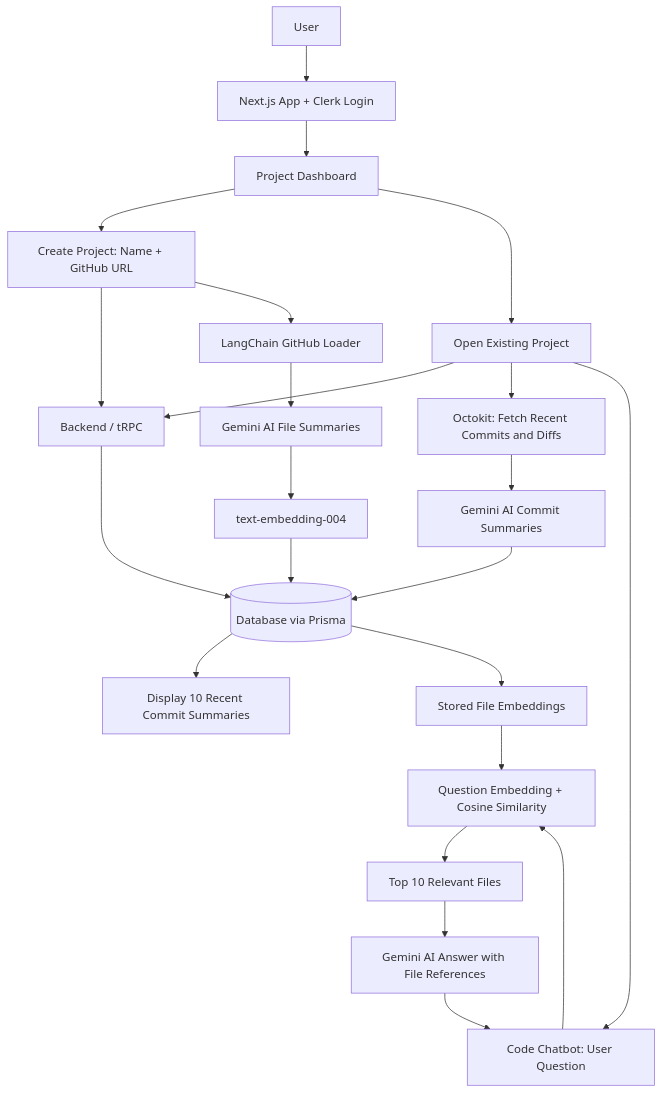
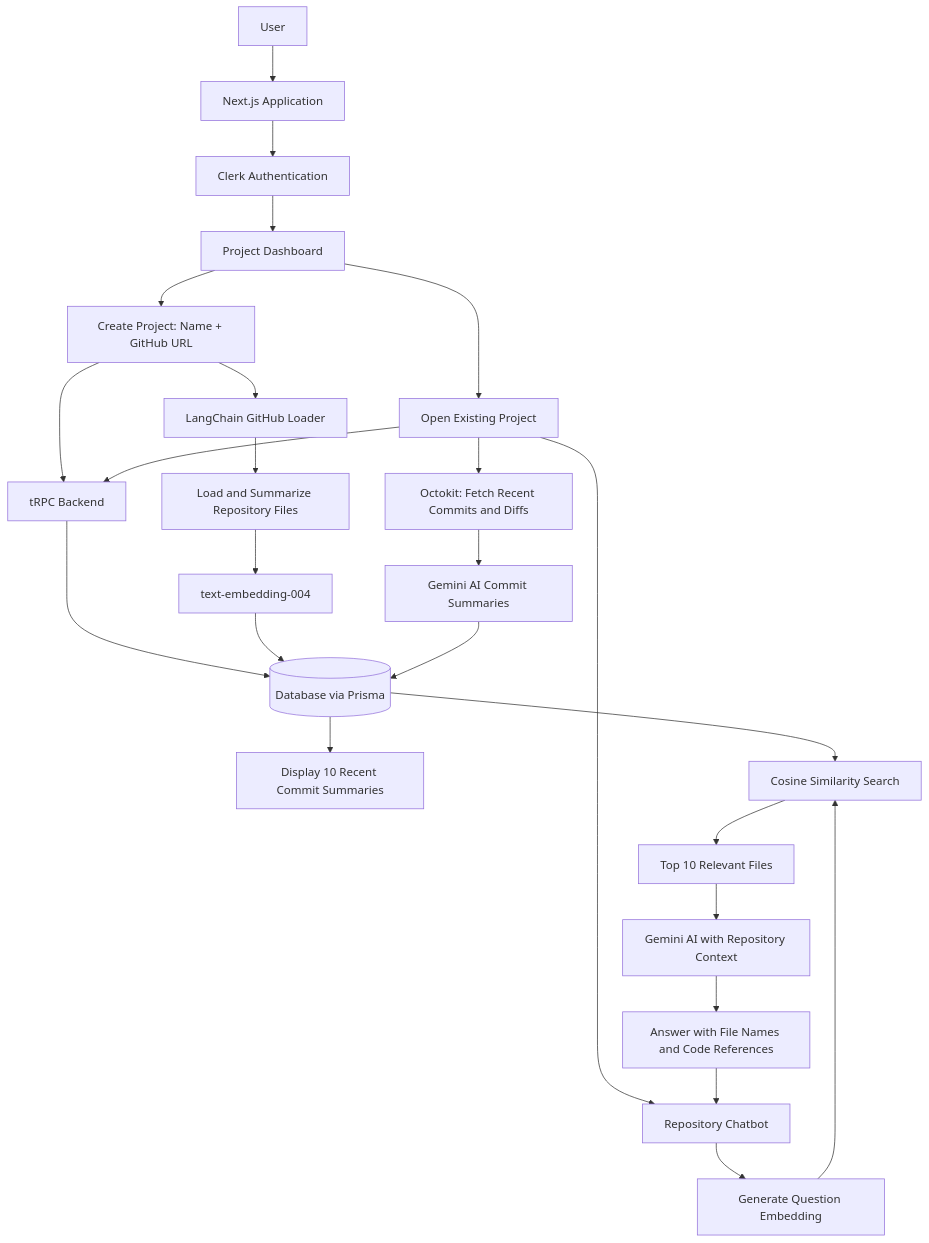
Before and after one commit to Sharannarahs/AI-Powered-GitHub-Repository-Platform: the diagram in README.md, drawn with Mermaid. The commit also changed other lines of this file, not shown here.

````diff
--- a/README.md
+++ b/README.md
@@ -37,29 +40,32 @@
 ```mermaid
 flowchart TD
-    A[User] --> B[Next.js App + Clerk Login]
-    B --> C[Project Dashboard]
-    C --> D[Create Project: Name + GitHub URL]
-    C --> E[Open Existing Project]
+    A[User] --> B[Next.js Application]
+    B --> C[Clerk Authentication]
+    C --> D[Project Dashboard]
 
-    D --> F[Backend / tRPC]
-    E --> F
-    F --> G[(Database via Prisma)]
+    D --> E[Create Project: Name + GitHub URL]
+    D --> F[Open Existing Project]
 
-    D --> H[LangChain GitHub Loader]
-    H --> I[Gemini AI File Summaries]
-    I --> J[text-embedding-004]
-    J --> G
+    E --> G[tRPC Backend]
+    F --> G
+    G --> H[(Database via Prisma)]
 
-    E --> K[Octokit: Fetch Recent Commits and Diffs]
-    K --> L[Gemini AI Commit Summaries]
-    L --> G
-    G --> M[Display 10 Recent Commit Summaries]
+    E --> I[LangChain GitHub Loader]
+    I --> J[Load and Summarize Repository Files]
+    J --> K[text-embedding-004]
+    K --> H
 
-    E --> N[Code Chatbot: User Question]
-    N --> O[Question Embedding + Cosine Similarity]
-    G --> P[Stored File Embeddings]
-    P --> O
-    O --> Q[Top 10 Relevant Files]
-    Q --> R[Gemini AI Answer with File References]
-    R --> N
+    F --> L[Octokit: Fetch Recent Commits and Diffs]
+    L --> M[Gemini AI Commit Summaries]
+    M --> H
+    H --> N[Display 10 Recent Commit Summaries]
+
+    F --> O[Repository Chatbot]
+    O --> P[Generate Question Embedding]
+    P --> Q[Cosine Similarity Search]
+    H --> Q
+    Q --> R[Top 10 Relevant Files]
+    R --> S[Gemini AI with Repository Context]
+    S --> T[Answer with File Names and Code References]
+    T --> O
 ```
````
